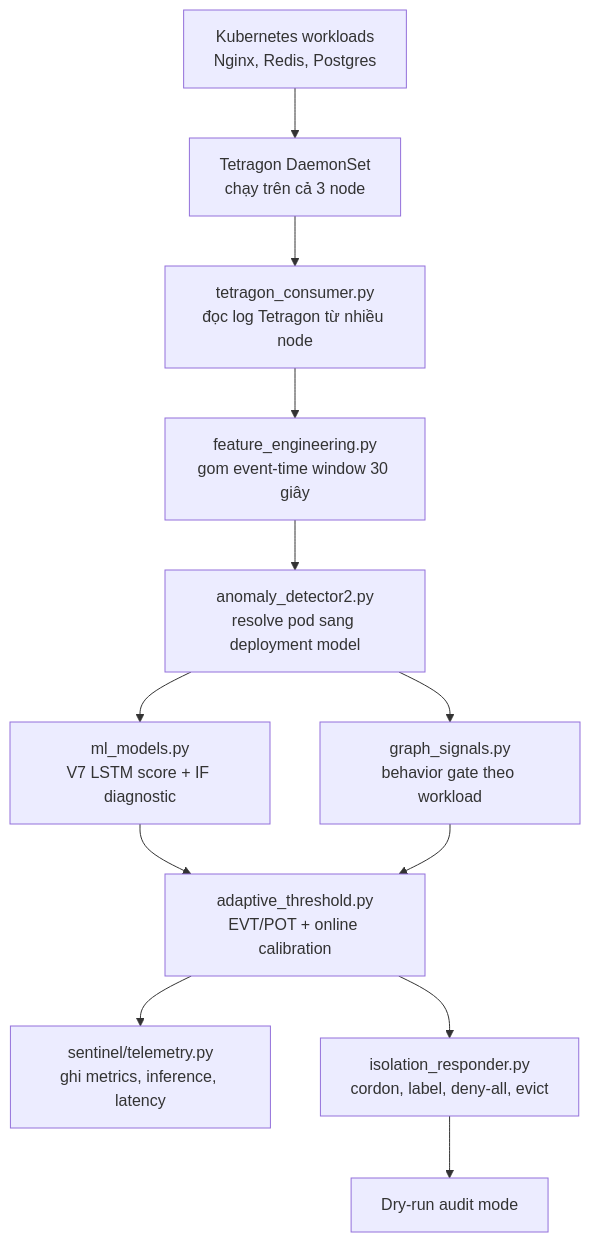
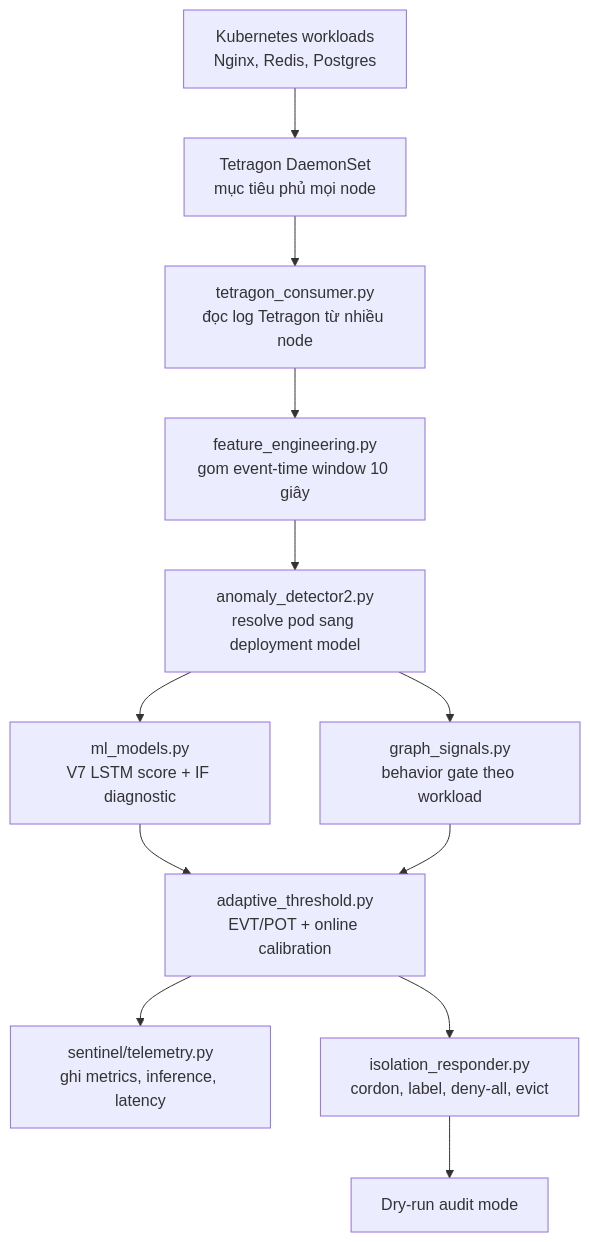
One commit to tndat-dev/eBPF-project changed the diagram in PROJECT_STATUS_REPORT.md. Above: the diagram before and after it, drawn with Mermaid. The commit also changed other lines of this file and 109 other files, not shown here.

````diff
--- a/PROJECT_STATUS_REPORT.md
+++ b/PROJECT_STATUS_REPORT.md
@@ -157,14 +236,14 @@
 ```mermaid
 flowchart TD
-    A[Kubernetes workloads<br/>Nginx, Redis, Postgres] --> B[Tetragon DaemonSet<br/>chạy trên cả 3 node]
+    A[Kubernetes workloads<br/>Nginx, Redis, Postgres] --> B[Tetragon DaemonSet<br/>mục tiêu phủ mọi node]
     B --> C[tetragon_consumer.py<br/>đọc log Tetragon từ nhiều node]
-    C --> D[feature_engineering.py<br/>gom event-time window 30 giây]
+    C --> D[feature_engineering.py<br/>gom event-time window 10 giây]
     D --> E[anomaly_detector2.py<br/>resolve pod sang deployment model]
     E --> F[ml_models.py<br/>V7 LSTM score + IF diagnostic]
     E --> G[graph_signals.py<br/>behavior gate theo workload]
     F --> H[adaptive_threshold.py<br/>EVT/POT + online calibration]
     G --> H
     H --> I[sentinel/telemetry.py<br/>ghi metrics, inference, latency]
     H --> J[isolation_responder.py<br/>cordon, label, deny-all, evict]
     J --> K[Dry-run audit mode]
 ```
````
